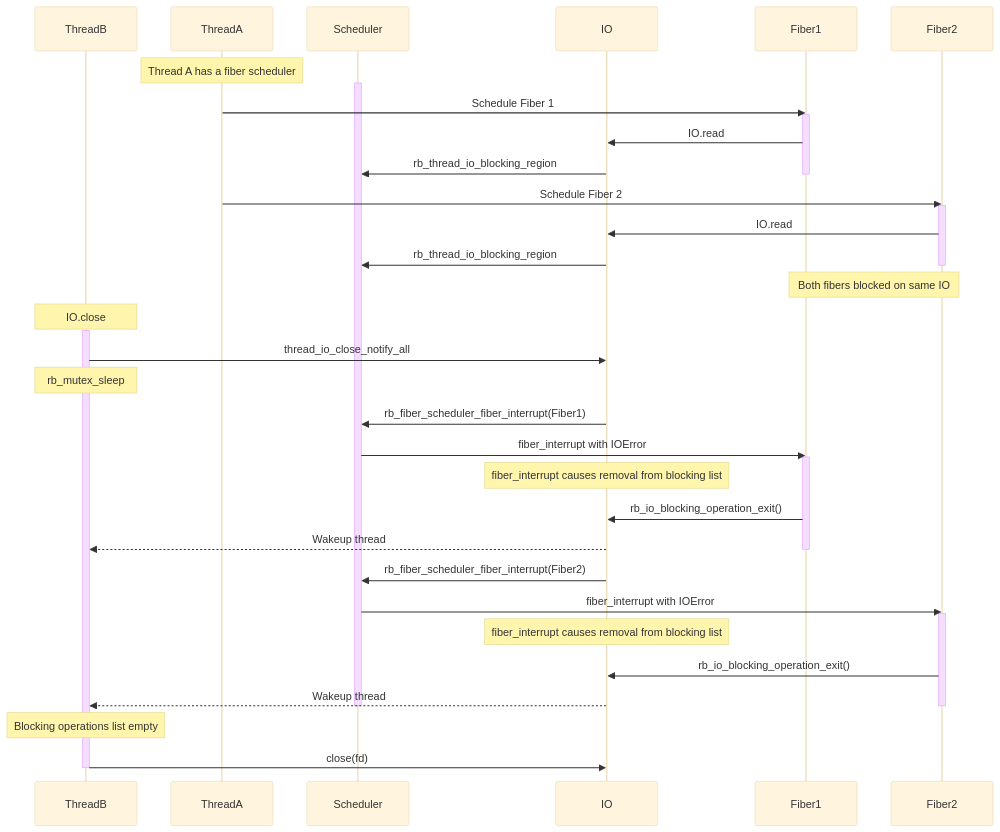
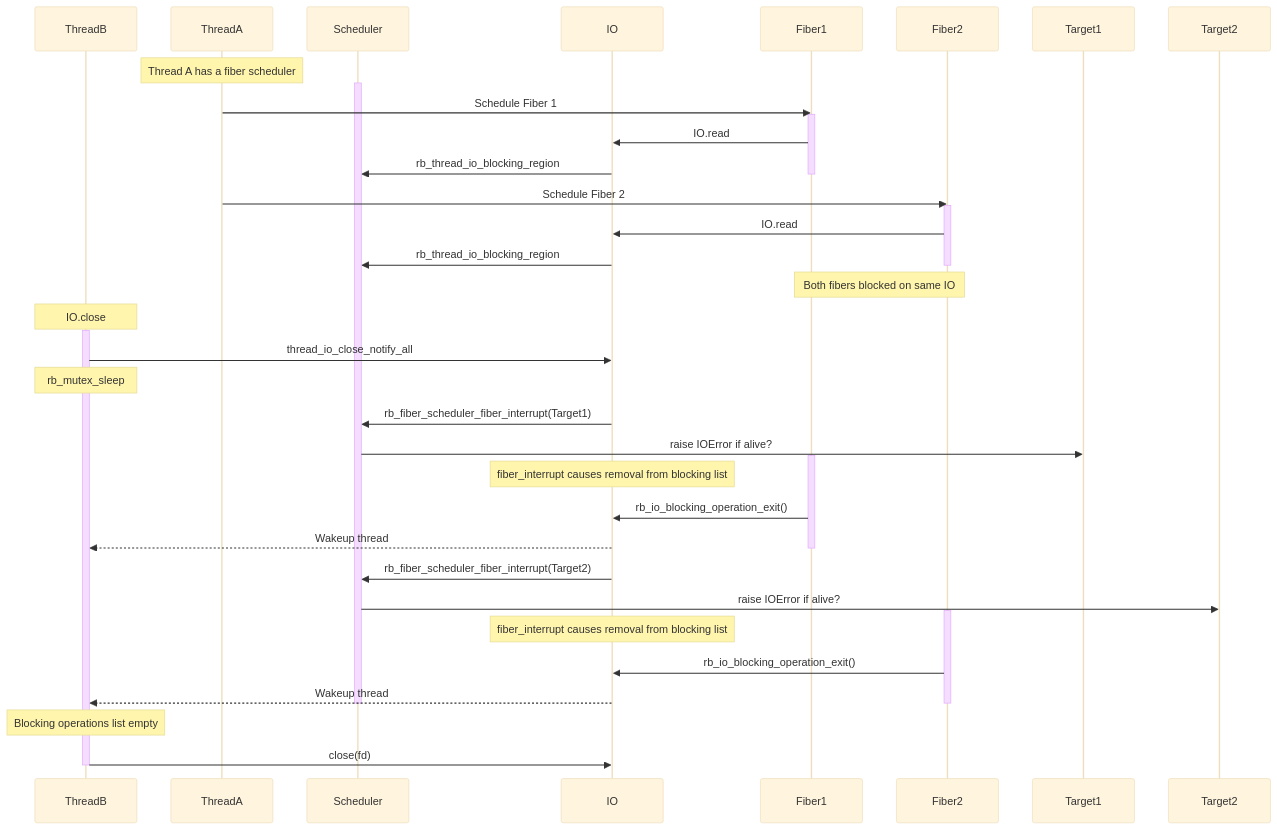
Before and after one commit to ruby/ruby: the diagram in doc/language/fiber.md, drawn with Mermaid (base theme). The commit also changed other lines of this file and 7 other files, not shown here.

First line of the commit message:
Scope fiber_interrupt using an operation proxy

````diff
--- a/doc/language/fiber.md
+++ b/doc/language/fiber.md
@@ -239,51 +239,51 @@
 ```mermaid
 sequenceDiagram
     participant ThreadB
     participant ThreadA
     participant Scheduler
     participant IO
     participant Fiber1
     participant Fiber2
 
     Note over ThreadA: Thread A has a fiber scheduler
     activate Scheduler
     ThreadA->>Fiber1: Schedule Fiber 1
     activate Fiber1
     Fiber1->>IO: IO.read
     IO->>Scheduler: rb_thread_io_blocking_region
     deactivate Fiber1
 
     ThreadA->>Fiber2: Schedule Fiber 2
     activate Fiber2
     Fiber2->>IO: IO.read
     IO->>Scheduler: rb_thread_io_blocking_region
     deactivate Fiber2
 
     Note over Fiber1,Fiber2: Both fibers blocked on same IO
 
     Note over ThreadB: IO.close
     activate ThreadB
     ThreadB->>IO: thread_io_close_notify_all
     Note over ThreadB: rb_mutex_sleep
 
-    IO->>Scheduler: rb_fiber_scheduler_fiber_interrupt(Fiber1)
-    Scheduler->>Fiber1: fiber_interrupt with IOError
+    IO->>Scheduler: rb_fiber_scheduler_fiber_interrupt(Target1)
+    Scheduler->>Target1: raise IOError if alive?
     activate Fiber1
     Note over IO: fiber_interrupt causes removal from blocking list
     Fiber1->>IO: rb_io_blocking_operation_exit()
     IO-->>ThreadB: Wakeup thread
     deactivate Fiber1
 
-    IO->>Scheduler: rb_fiber_scheduler_fiber_interrupt(Fiber2)
-    Scheduler->>Fiber2: fiber_interrupt with IOError
+    IO->>Scheduler: rb_fiber_scheduler_fiber_interrupt(Target2)
+    Scheduler->>Target2: raise IOError if alive?
     activate Fiber2
     Note over IO: fiber_interrupt causes removal from blocking list
     Fiber2->>IO: rb_io_blocking_operation_exit()
     IO-->>ThreadB: Wakeup thread
     deactivate Fiber2
     deactivate Scheduler
 
     Note over ThreadB: Blocking operations list empty
     ThreadB->>IO: close(fd)
     deactivate ThreadB
 ```
````
